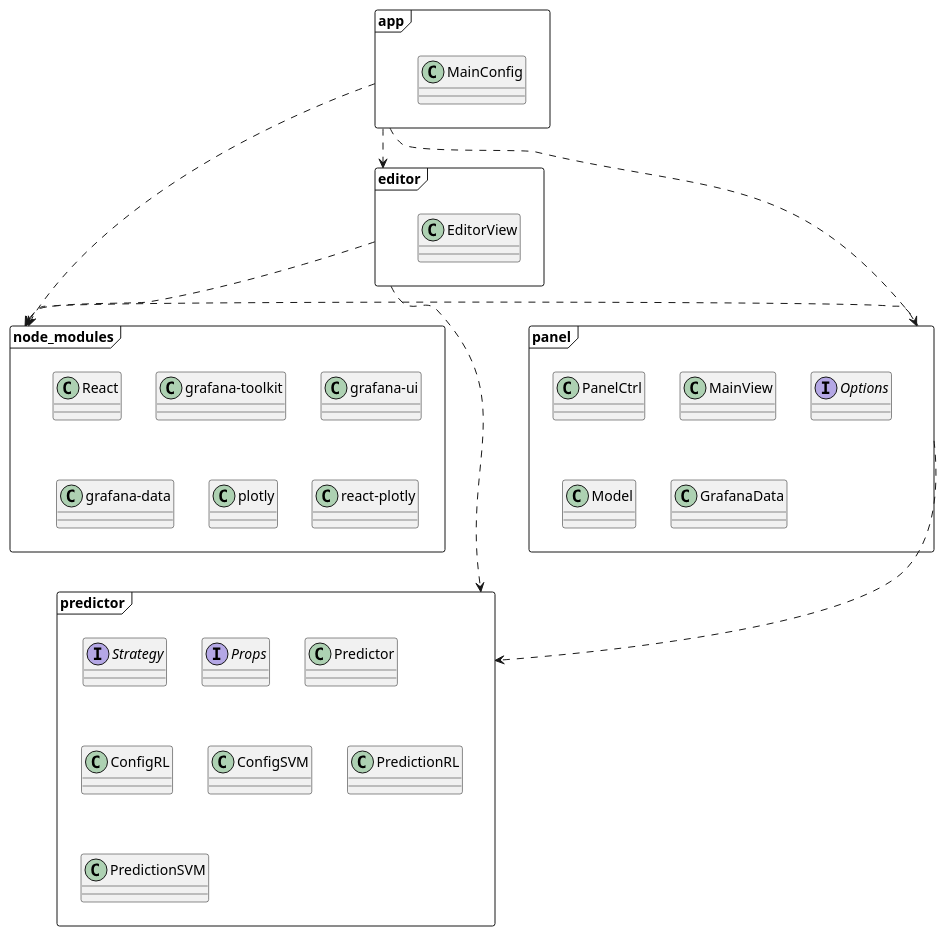
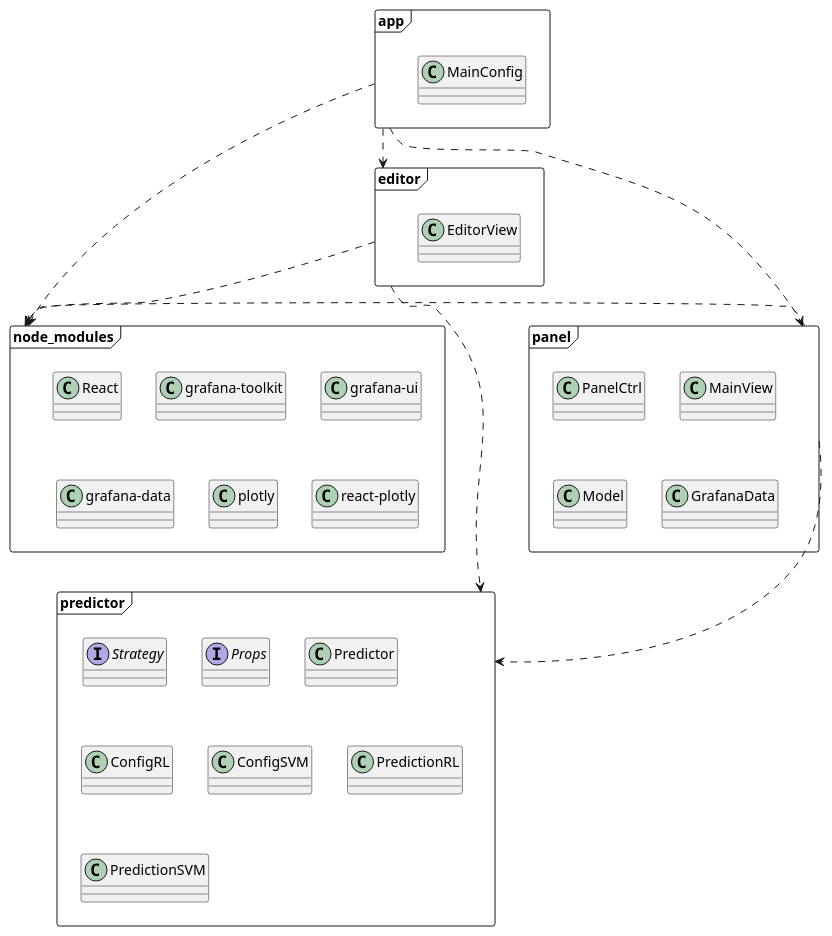
Before and after one commit to sofiabononi/project-docs: the diagram in esterni/diagrammi/diagrammi-grafana-plugin/src/packagesDiagramPlug.plantuml, drawn with PlantUML. The commit also changed 10 other files, not shown here.

Commit message:
docs: correggi diagrammi plugin

```diff
--- a/esterni/diagrammi/diagrammi-grafana-plugin/src/packagesDiagramPlug.plantuml
+++ b/esterni/diagrammi/diagrammi-grafana-plugin/src/packagesDiagramPlug.plantuml
@@ -1,45 +1,44 @@
 @startuml
 package node_modules <<Frame>> {
   class React
   class grafana-toolkit
   class grafana-ui
   class grafana-data
   class plotly
   class react-plotly
 }
 
 package app <<Frame>> {
   class MainConfig
 }
 
 
 package editor <<Frame>> {
   class EditorView
 }
 
 package panel <<Frame>> {
   class PanelCtrl
   class MainView
-  interface Options
   class Model
   class GrafanaData
 }
 
 package predictor <<Frame>> {
   interface Strategy
   interface Props
   class Predictor
   class ConfigRL
   class ConfigSVM
   class PredictionRL
   class PredictionSVM
 }
 
 app ..> editor
 app ..>panel
 panel ..>predictor
 app ..>node_modules
 editor ..>node_modules
 panel ..>node_modules
 editor ..> predictor
 @enduml
```
